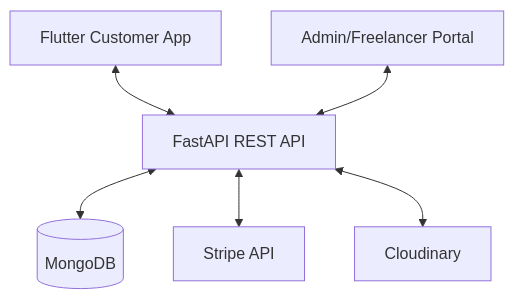
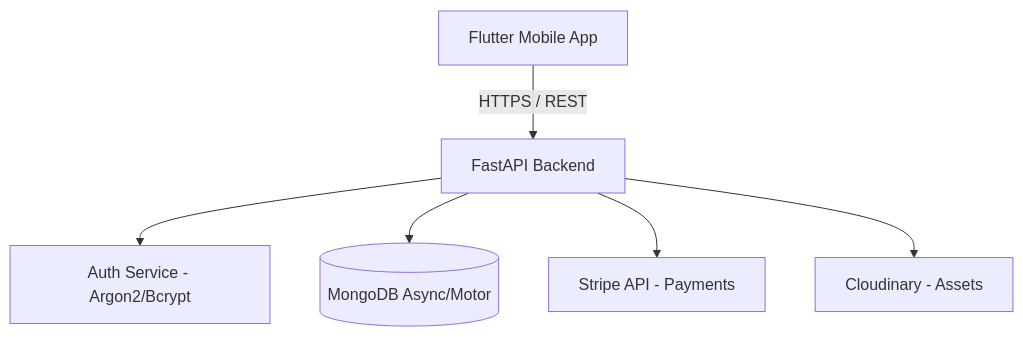
One commit to Haseebx162006/NearMe-Services changed the diagram in README.md. Above: the diagram before and after it, drawn with Mermaid. The commit also changed other lines of this file, not shown here.

````diff
--- a/README.md
+++ b/README.md
@@ -39,8 +54,9 @@
 ```mermaid
 graph TD
-    A[Flutter Customer App] <--> B[FastAPI REST API]
-    C[Admin/Freelancer Portal] <--> B
-    B <--> D[(MongoDB)]
-    B <--> E[Stripe API]
-    B <--> F[Cloudinary]
+    Client[Flutter Mobile App] -->|HTTPS / REST| Gateway[FastAPI Backend]
+    
+    Gateway --> JWT[Auth Service - Argon2/Bcrypt]
+    Gateway --> DB[(MongoDB Async/Motor)]
+    Gateway --> Stripe[Stripe API - Payments]
+    Gateway --> Media[Cloudinary - Assets]
 ```
````
